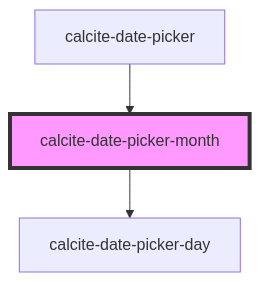
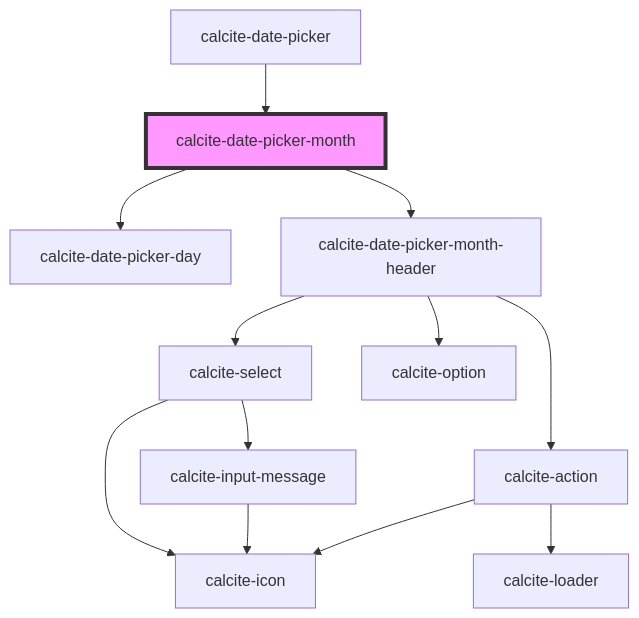
The diagram in packages/calcite-components/src/components/date-picker-month/readme.md (Esri/calcite-design-system), drawn with Mermaid before and after one commit. The commit also changed other lines of this file and 10 other files, not shown here.

````diff
--- a/packages/calcite-components/src/components/date-picker-month/readme.md
+++ b/packages/calcite-components/src/components/date-picker-month/readme.md
@@ -30,6 +34,15 @@
 ```mermaid
 graph TD;
   calcite-date-picker-month --> calcite-date-picker-day
+  calcite-date-picker-month --> calcite-date-picker-month-header
+  calcite-date-picker-month-header --> calcite-select
+  calcite-date-picker-month-header --> calcite-option
+  calcite-date-picker-month-header --> calcite-action
+  calcite-select --> calcite-icon
+  calcite-select --> calcite-input-message
+  calcite-input-message --> calcite-icon
+  calcite-action --> calcite-loader
+  calcite-action --> calcite-icon
   calcite-date-picker --> calcite-date-picker-month
   style calcite-date-picker-month fill:#f9f,stroke:#333,stroke-width:4px
 ```
````
